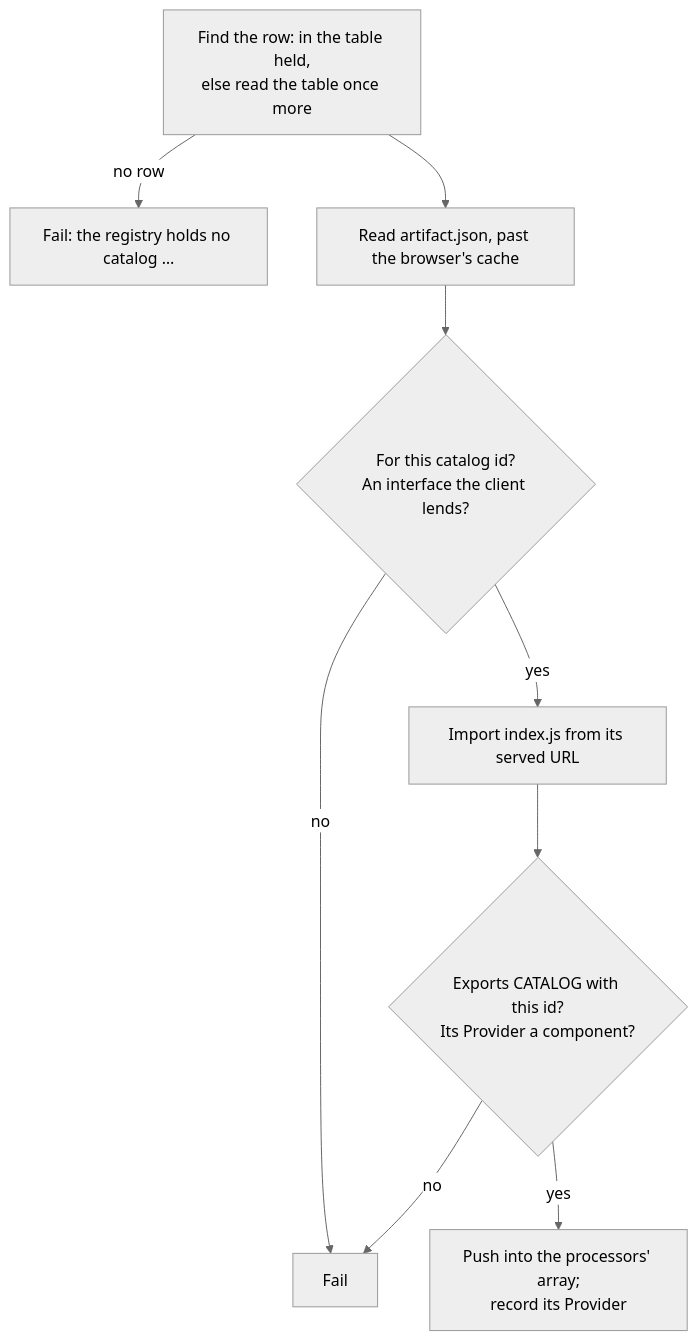
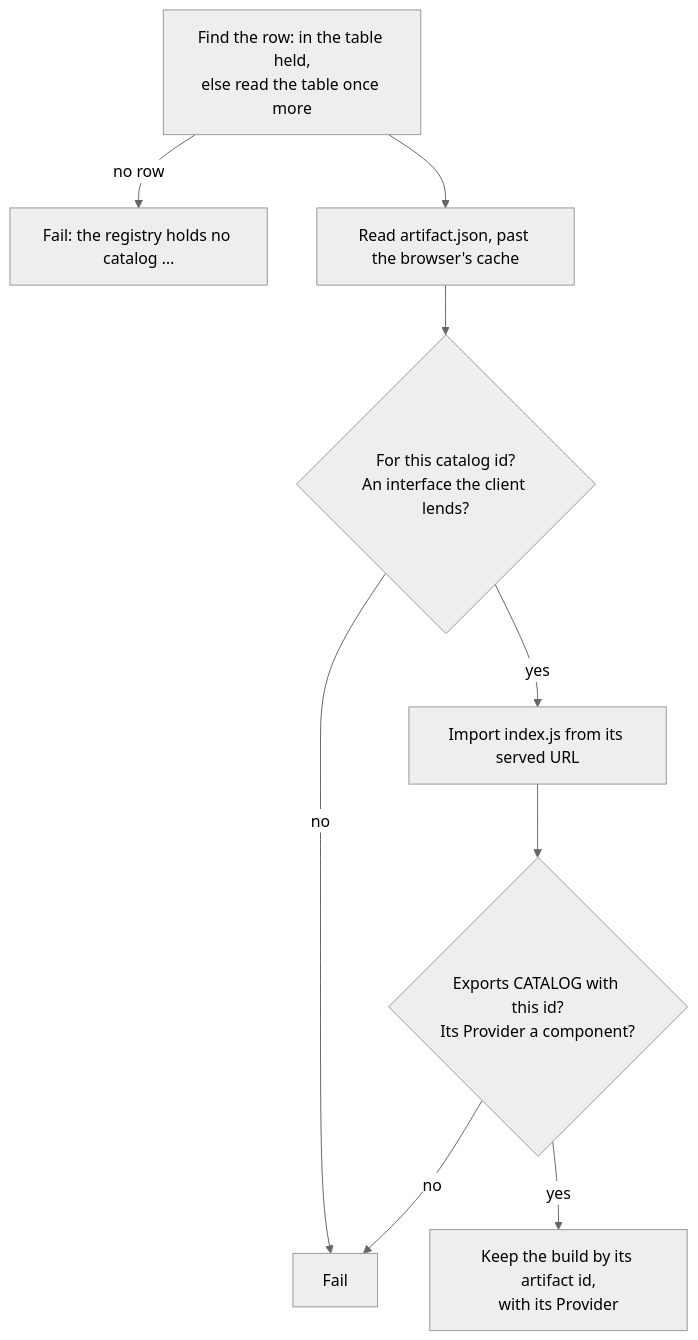
One commit to retz8/a2uiverse changed the third of 3 diagrams in docs/design/app-install.md. Above: the diagram before and after it, drawn with Mermaid (neutral theme). The commit also changed other lines of this file and 15 other files, not shown here.

````diff
--- a/docs/design/app-install.md
+++ b/docs/design/app-install.md
@@ -445,11 +447,11 @@
 ```mermaid
 flowchart TD
     R["Find the row: in the table held,<br/>else read the table once more"] -->|"no row"| F1["Fail: the registry holds no catalog …"]
     R --> D["Read artifact.json, past the browser's cache"]
     D --> C1{"For this catalog id?<br/>An interface the client lends?"}
     C1 -->|"no"| F2["Fail"]
     C1 -->|"yes"| E["Import index.js from its served URL"]
     E --> C2{"Exports CATALOG with this id?<br/>Its Provider a component?"}
     C2 -->|"no"| F2
-    C2 -->|"yes"| H["Push into the processors' array;<br/>record its Provider"]
+    C2 -->|"yes"| H["Keep the build by its artifact id,<br/>with its Provider"]
 ```
````
